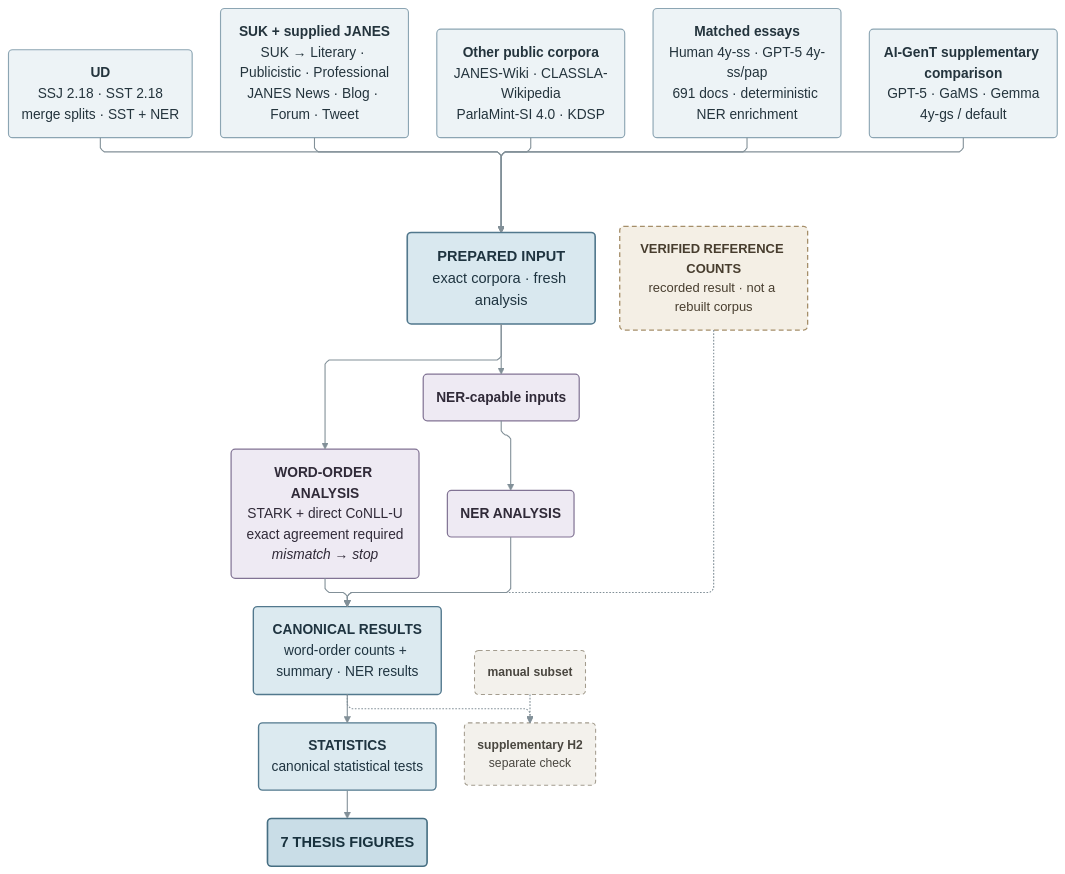
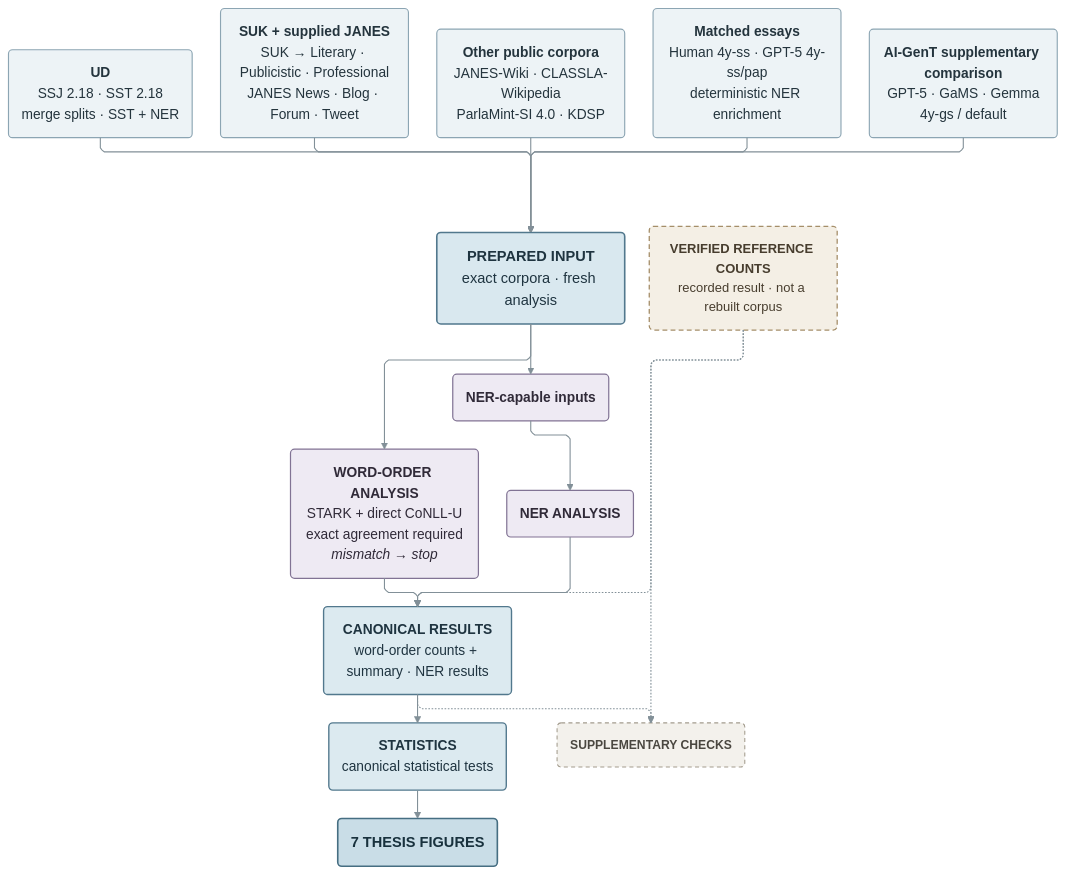
The second of 2 diagrams in README.md (hulln/sl-word-order-repro), drawn with Mermaid before and after one commit. The commit also changed other lines of this file and 25 other files, not shown here.

```diff
--- a/README.md
+++ b/README.md
@@ -132,7 +134,7 @@
     UD("<b>UD</b><br/>SSJ 2.18 · SST 2.18<br/>merge splits · SST + NER")
     SUP("<b>SUK + supplied JANES</b><br/>SUK → Literary · Publicistic · Professional<br/>JANES News · Blog · Forum · Tweet")
     PUB("<b>Other public corpora</b><br/>JANES-Wiki · CLASSLA-Wikipedia<br/>ParlaMint-SI 4.0 · KDSP")
-    ESS("<b>Matched essays</b><br/>Human 4y-ss · GPT-5 4y-ss/pap<br/>691 docs · deterministic NER enrichment")
+    ESS("<b>Matched essays</b><br/>Human 4y-ss · GPT-5 4y-ss/pap<br/>deterministic NER enrichment")
     AIG("<b>AI-GenT supplementary comparison</b><br/>GPT-5 · GaMS · Gemma<br/>4y-gs / default")
 
     subgraph STATES[" "]
@@ -149,8 +151,7 @@
     STATS("<b>STATISTICS</b><br/>canonical statistical tests")
     FIG("<b>7 THESIS FIGURES</b>")
 
-    MANUAL("<b>manual subset</b>")
-    H2("<b>supplementary H2</b><br/>separate check")
+    CHECKS("<b>SUPPLEMENTARY CHECKS</b>")
 
     UD --> PREP
     SUP --> PREP
@@ -165,8 +166,8 @@
     CACHE -.-> RESULT
 
     RESULT --> STATS --> FIG
-    RESULT -.-> H2
-    MANUAL -.-> H2
+    RESULT -.-> CHECKS
+    CACHE -.-> CHECKS
 
     classDef source fill:#edf3f6,stroke:#8ca5b3,stroke-width:1.4px,color:#24343d,font-size:17px
     classDef prepared fill:#d9e8ef,stroke:#52788d,stroke-width:2px,color:#1f3440,font-size:18px
@@ -182,7 +183,7 @@
     class WORD,NERIN,NER analysis
     class RESULT,STATS result
     class FIG final
-    class MANUAL,H2 secondary
+    class CHECKS secondary
 
     style STATES fill:transparent,stroke:transparent
     linkStyle default stroke:#829098,stroke-width:1.35px
```
